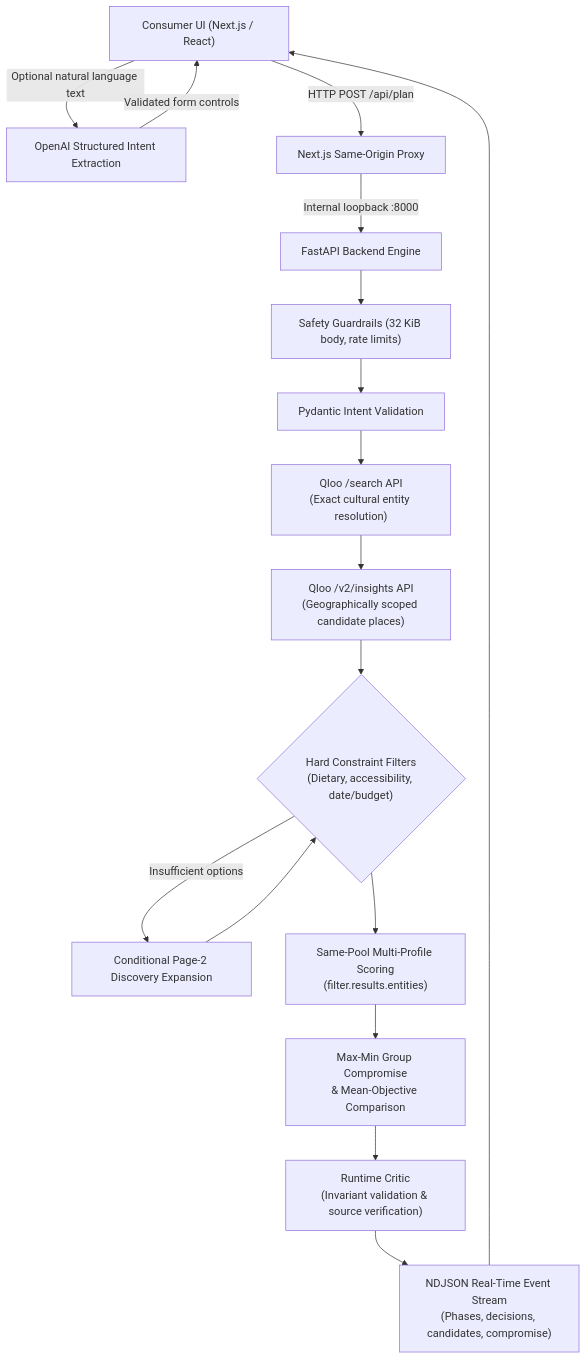
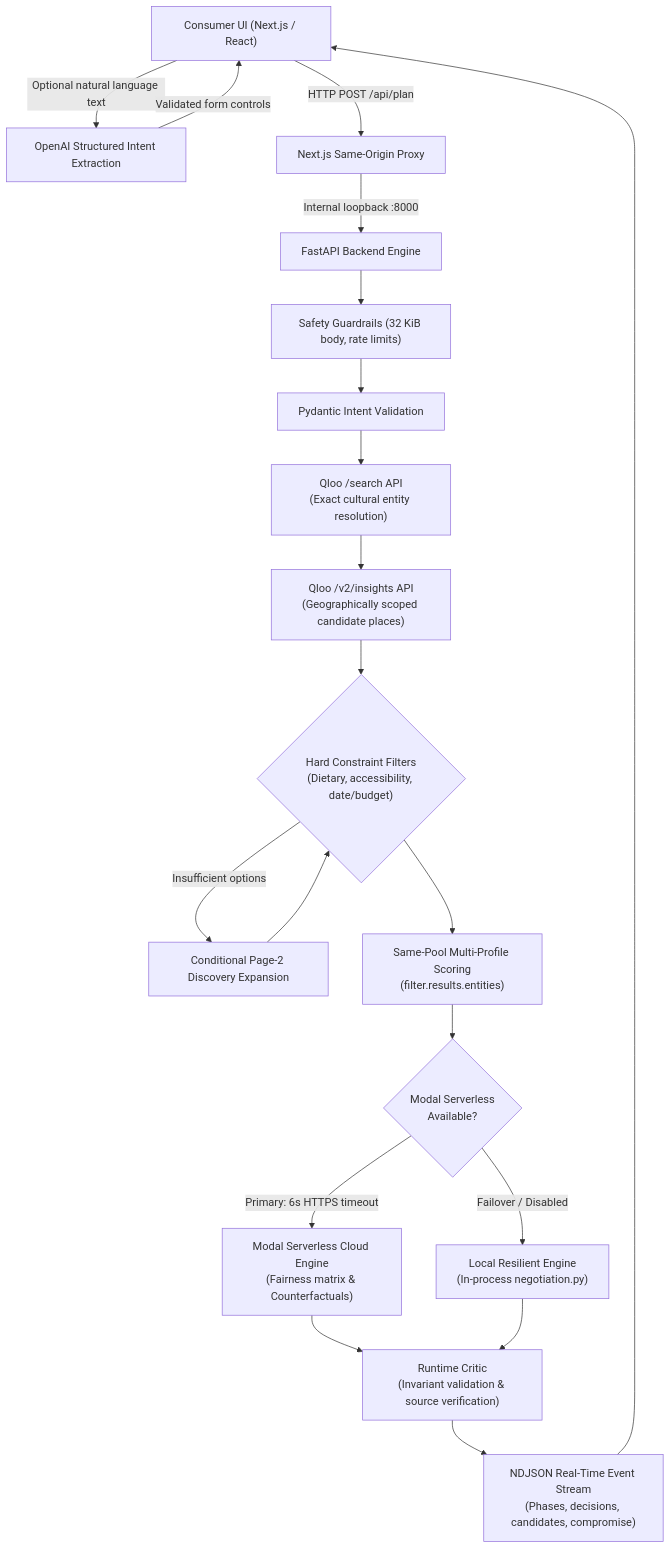
Before and after one commit to leninathikam/tastepilot-ai: the diagram in README.md, drawn with Mermaid. The commit also changed other lines of this file and 22 other files, not shown here.

````diff
--- a/README.md
+++ b/README.md
@@ -19,19 +19,22 @@
 ```mermaid
 flowchart TD
   UI["Consumer UI (Next.js / React)"] -->|Optional natural language text| LLM["OpenAI Structured Intent Extraction"]
   LLM -->|Validated form controls| UI
   UI -->|HTTP POST /api/plan| Proxy["Next.js Same-Origin Proxy"]
   Proxy -->|Internal loopback :8000| Backend["FastAPI Backend Engine"]
   Backend --> Safety["Safety Guardrails (32 KiB body, rate limits)"]
   Safety --> Intent["Pydantic Intent Validation"]
   Intent --> Search["Qloo /search API<br/>(Exact cultural entity resolution)"]
   Search --> Insights["Qloo /v2/insights API<br/>(Geographically scoped candidate places)"]
   Insights --> Constraints{"Hard Constraint Filters<br/>(Dietary, accessibility, date/budget)"}
   Constraints -->|Insufficient options| Expand["Conditional Page-2 Discovery Expansion"]
   Expand --> Constraints
   Constraints --> Rescore["Same-Pool Multi-Profile Scoring<br/>(filter.results.entities)"]
-  Rescore --> Negotiate["Max-Min Group Compromise<br/>& Mean-Objective Comparison"]
-  Negotiate --> Critic["Runtime Critic<br/>(Invariant validation & source verification)"]
+  Rescore --> Router{"Modal Serverless<br/>Available?"}
+  Router -->|Primary: 6s HTTPS timeout| Modal["Modal Serverless Cloud Engine<br/>(Fairness matrix & Counterfactuals)"]
+  Router -->|Failover / Disabled| LocalOpt["Local Resilient Engine<br/>(In-process negotiation.py)"]
+  Modal --> Critic["Runtime Critic<br/>(Invariant validation & source verification)"]
+  LocalOpt --> Critic
   Critic --> Stream["NDJSON Real-Time Event Stream<br/>(Phases, decisions, candidates, compromise)"]
   Stream --> UI
 ```
````
